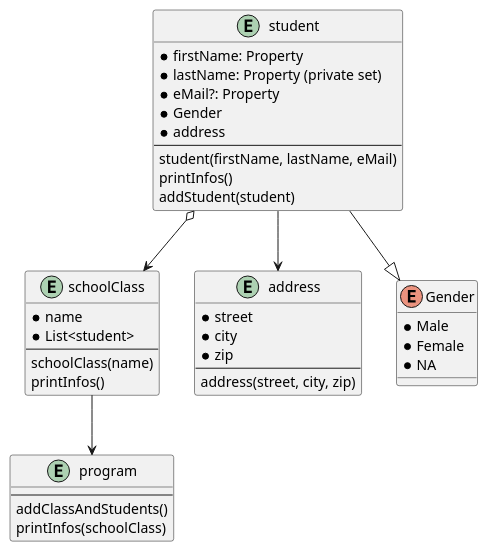
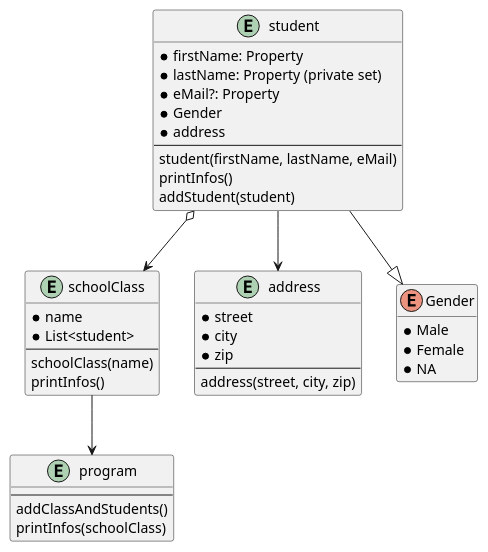
One commit to schrutek/SPG_POS changed the diagram in CSharp/Angular/00_TypeScript/Readme.md. Above: the diagram before and after it, drawn with PlantUML.

````diff
--- a/CSharp/Angular/00_TypeScript/Readme.md
+++ b/CSharp/Angular/00_TypeScript/Readme.md
@@ -524,50 +524,55 @@
 ```plantuml
+
 @startuml
+
+hide empty methods
+hide empty fields
 
 entity schoolClass {
     *name
     *List<student>
     ---
     schoolClass(name)
     printInfos()
 }
 
 entity student {
     *firstName: Property
     *lastName: Property (private set)
     *eMail?: Property
     *Gender
     *address
     ---
     student(firstName, lastName, eMail)
     printInfos()
     addStudent(student)
 }
 
 entity address {
     *street
     *city
     *zip
     ---
     address(street, city, zip)
 }
 
 entity program {
     ---
     addClassAndStudents()
     printInfos(schoolClass)
 }
 
 enum Gender {
     *Male
     *Female
     *NA
 }
 
 student --|> Gender
 student --> address
 student o--> schoolClass
 schoolClass --> program
 
 @enduml
+
 ```
````
